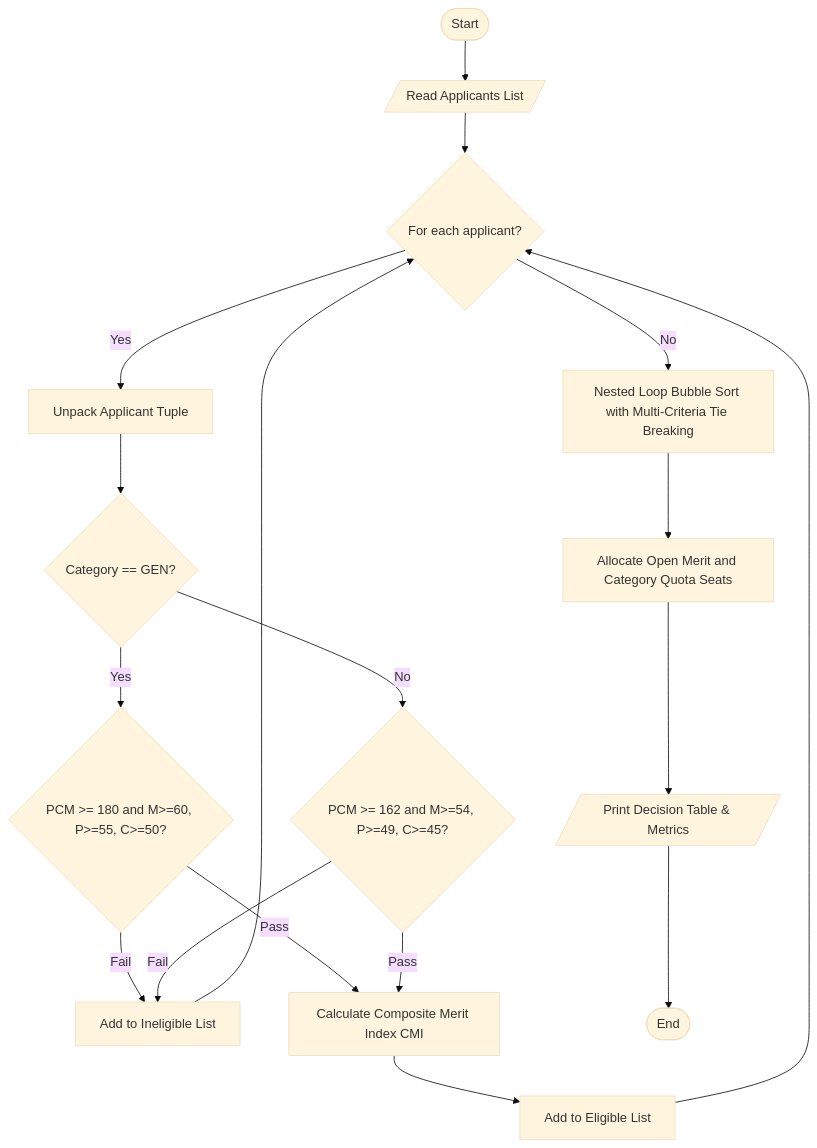
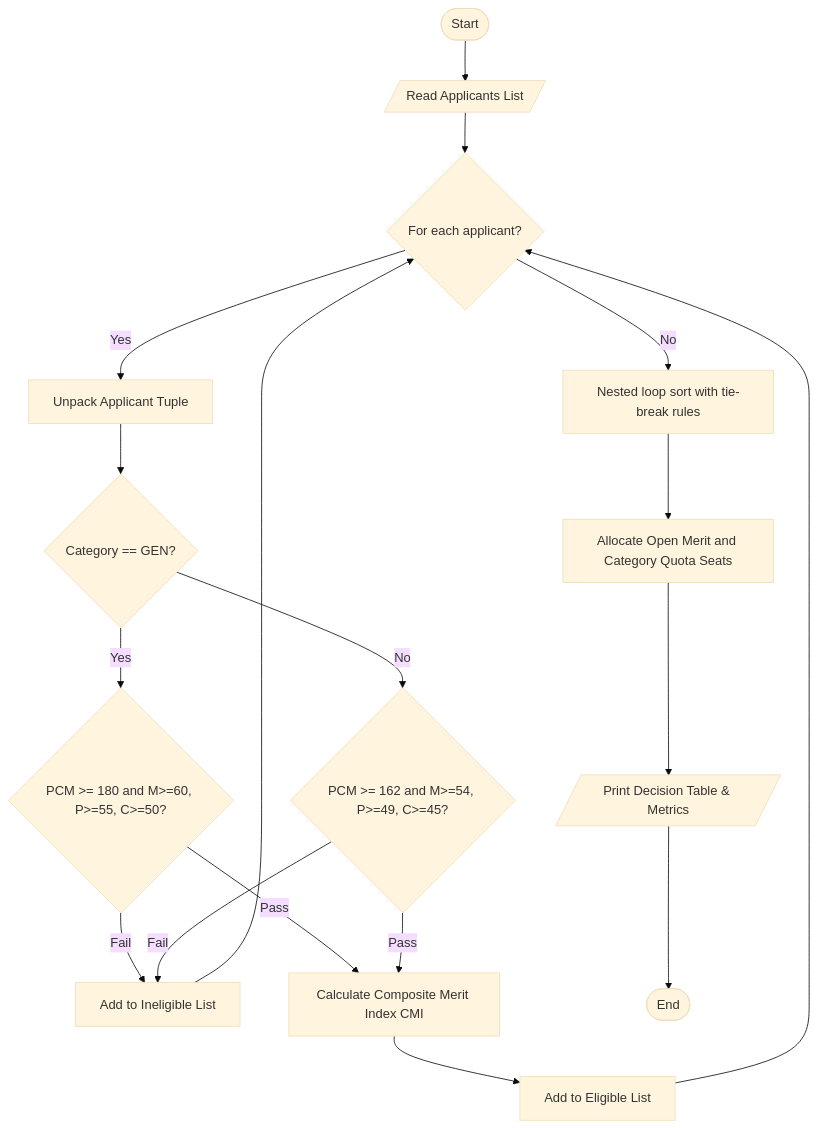
Before and after one commit to janak665500/python-activity-based-learning: the diagram in Case_Study_20/documentation.md, drawn with Mermaid (base theme). The commit also changed other lines of this file and 2 other files, not shown here.

````diff
--- a/Case_Study_20/documentation.md
+++ b/Case_Study_20/documentation.md
@@ -59,20 +49,20 @@
 ```mermaid
 flowchart TD
     Start([Start]) --> ReadInput[/Read Applicants List/]
     ReadInput --> LoopApplicants{For each applicant?}
     LoopApplicants -- Yes --> UnpackTuple[Unpack Applicant Tuple]
     UnpackTuple --> CheckCat{Category == GEN?}
     CheckCat -- Yes --> CheckGenCutoff{PCM >= 180 and M>=60, P>=55, C>=50?}
     CheckCat -- No --> CheckResCutoff{PCM >= 162 and M>=54, P>=49, C>=45?}
     CheckGenCutoff -- Fail --> Reject[Add to Ineligible List]
     CheckResCutoff -- Fail --> Reject
     CheckGenCutoff -- Pass --> CalcCMI[Calculate Composite Merit Index CMI]
     CheckResCutoff -- Pass --> CalcCMI
     CalcCMI --> AddEligible[Add to Eligible List]
     Reject --> LoopApplicants
     AddEligible --> LoopApplicants
-    LoopApplicants -- No --> SortMerit[Nested Loop Bubble Sort with Multi-Criteria Tie Breaking]
+    LoopApplicants -- No --> SortMerit[Nested loop sort with tie-break rules]
     SortMerit --> AllocateSeats[Allocate Open Merit and Category Quota Seats]
     AllocateSeats --> DisplayResults[/Print Decision Table & Metrics/]
     DisplayResults --> End([End])
 ```
````
